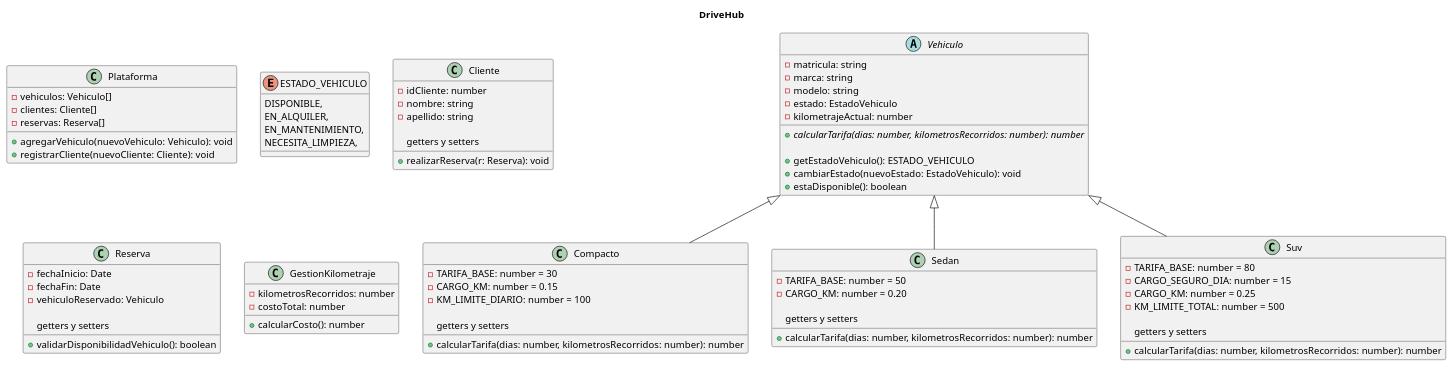
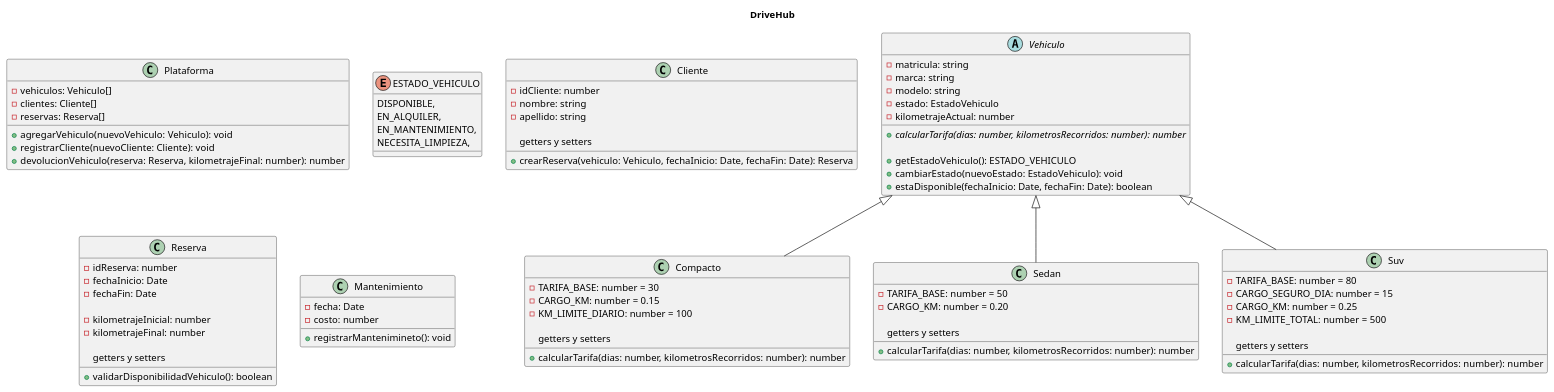
Before and after one commit to martingustavolopez/PROGRAMACION-II-CUVL: the diagram in src/diagrama.puml/clases.puml, drawn with PlantUML.

Commit message:
Otros cambios

```diff
--- a/src/diagrama.puml/clases.puml
+++ b/src/diagrama.puml/clases.puml
@@ -1,101 +1,104 @@
 @startuml
 
 title DriveHub
 
 class Plataforma {
   - vehiculos: Vehiculo[]
   - clientes: Cliente[]
   - reservas: Reserva[]
 
   + agregarVehiculo(nuevoVehiculo: Vehiculo): void
   + registrarCliente(nuevoCliente: Cliente): void
-
+  + devolucionVehiculo(reserva: Reserva, kilometrajeFinal: number): number
 }
 ' // Donde el string sea la matricula , flota de vehículos
 ' // las reservas de sus clientes.
-
 
 enum ESTADO_VEHICULO {
   DISPONIBLE,
   EN_ALQUILER,
   EN_MANTENIMIENTO,
   NECESITA_LIMPIEZA,
 }
 
 abstract class Vehiculo {
   - matricula: string
   - marca: string
   - modelo: string
   - estado: EstadoVehiculo
   - kilometrajeActual: number
 
   + {abstract} calcularTarifa(dias: number, kilometrosRecorridos: number): number
 
   + getEstadoVehiculo(): ESTADO_VEHICULO
   + cambiarEstado(nuevoEstado: EstadoVehiculo): void
-  + estaDisponible(): boolean
-
+  + estaDisponible(fechaInicio: Date, fechaFin: Date): boolean
 }
+'Por ejemplo el estaDisponible(...): boolean ; es el quiereSubir de la clase Empleado
 
 class Compacto {
   - TARIFA_BASE: number = 30
   - CARGO_KM: number = 0.15
   - KM_LIMITE_DIARIO: number = 100
 
   --getters y setters--  
   + calcularTarifa(dias: number, kilometrosRecorridos: number): number
 }
 
 class Sedan {
   - TARIFA_BASE: number = 50
   - CARGO_KM: number = 0.20
 
   --getters y setters--    
   + calcularTarifa(dias: number, kilometrosRecorridos: number): number
 }
 
 class Suv {
   - TARIFA_BASE: number = 80
   - CARGO_SEGURO_DIA: number = 15
   - CARGO_KM: number = 0.25
   - KM_LIMITE_TOTAL: number = 500
 
   --getters y setters--  
   + calcularTarifa(dias: number, kilometrosRecorridos: number): number
 }
 
 class Cliente {
   - idCliente: number
   - nombre: string
   - apellido: string
 
-  + realizarReserva(r: Reserva): void
+  + crearReserva(vehiculo: Vehiculo, fechaInicio: Date, fechaFin: Date): Reserva
   --getters y setters--    
 }
 
 class Reserva {
+  - idReserva: number
   - fechaInicio: Date
   - fechaFin: Date
-  - vehiculoReservado: Vehiculo
+
+  - kilometrajeInicial: number
+  - kilometrajeFinal: number
   
   --getters y setters--    
   + validarDisponibilidadVehiculo(): boolean
 }
+' Y el validarDisponibilidadVehiculo() usa el vehiculo.estaDisponible(...) dadas las fechas que se pasan en la reserva.
 
-class GestionKilometraje {
-  - kilometrosRecorridos: number
-  - costoTotal: number
-  + calcularCosto(): number
+class Mantenimiento {
+  - fecha: Date
+  - costo: number
+  + registrarMantenimineto(): void
 }
 
 'Relaciones
 ' "Un Cliente puede tener cero, una o múltiples reservas"
 ' Cliente 1 -- 0..* Reserva
 
 Vehiculo <|-- Compacto
 Vehiculo <|-- Sedan
 Vehiculo <|-- Suv
 
 '// Un cliente puede crear una reserva para un vehículo específico, indicando fecha inicio y fin.
 
 @enduml
```
